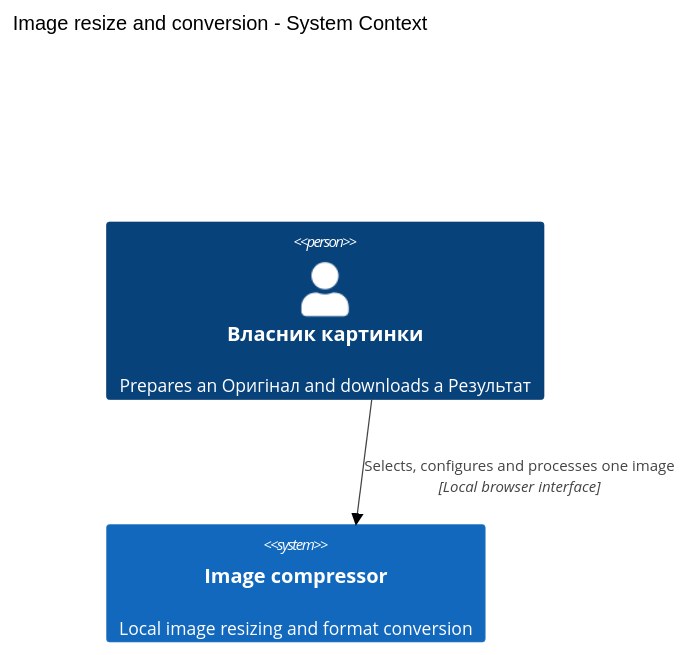
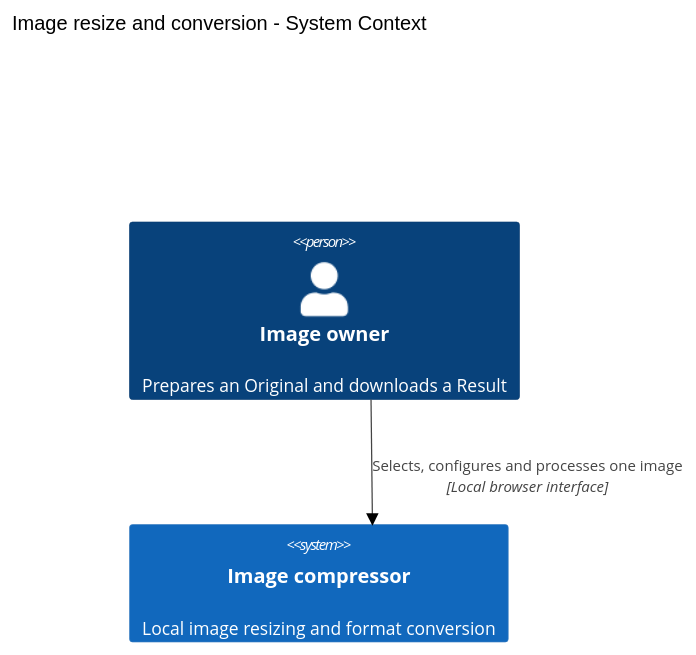
One commit to shved270189/image_compressor changed the first of 8 diagrams in docs/features/image-resize-convert/sad.md. Above: the diagram before and after it, drawn with Mermaid (neutral theme). The commit also changed other lines of this file and 46 other files, not shown here.

````diff
--- a/docs/features/image-resize-convert/sad.md
+++ b/docs/features/image-resize-convert/sad.md
@@ -64,7 +64,7 @@
 ```mermaid
 C4Context
     title Image resize and conversion - System Context
-    Person(owner, "Власник картинки", "Prepares an Оригінал and downloads a Результат")
+    Person(owner, "Image owner", "Prepares an Original and downloads a Result")
     System(compressor, "Image compressor", "Local image resizing and format conversion")
     Rel(owner, compressor, "Selects, configures and processes one image", "Local browser interface")
 ```
````
